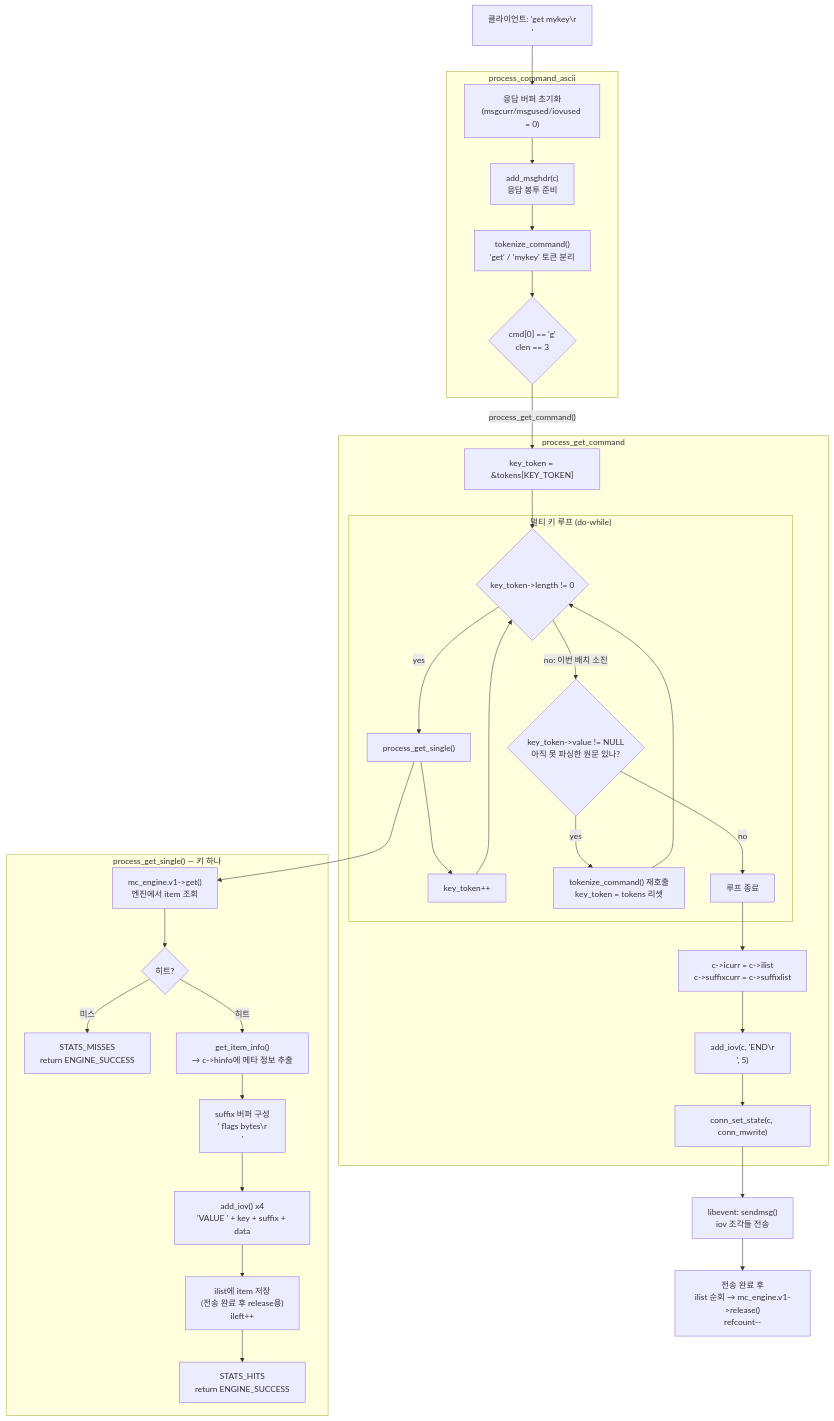
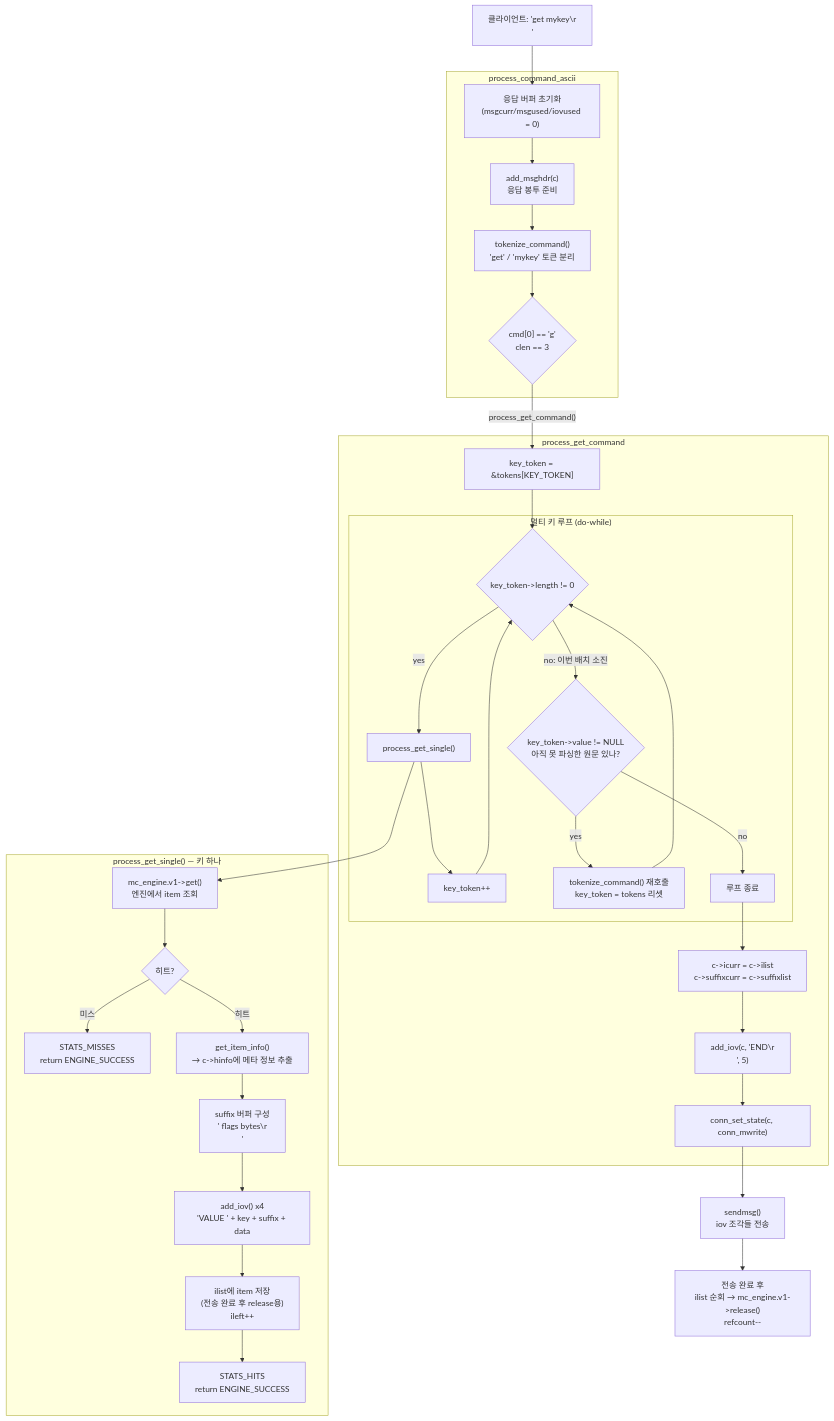
Before and after one commit to zhy2on/learning-arcus-memcached: the diagram in process-get.md, drawn with Mermaid. The commit also changed other lines of this file, not shown here.

````diff
--- a/process-get.md
+++ b/process-get.md
@@ -1,47 +3,47 @@
 ```mermaid
 flowchart TD
     A["클라이언트: 'get mykey\r\n'"] --> B
 
     subgraph process_command_ascii
         B["응답 버퍼 초기화\n(msgcurr/msgused/iovused = 0)"]
         B --> C["add_msghdr(c)\n응답 봉투 준비"]
         C --> D["tokenize_command()\n'get' / 'mykey' 토큰 분리"]
         D --> E{"cmd[0] == 'g'\nclen == 3"}
     end
 
     E -->|"process_get_command()"| F
 
     subgraph process_get_command
         F["key_token = &tokens[KEY_TOKEN]"]
         F --> G
 
         subgraph "멀티 키 루프 (do-while)"
             G{"key_token->length != 0"}
             G -->|"yes"| H["process_get_single()"]
             H --> I["key_token++"]
             I --> G
             G -->|"no: 이번 배치 소진"| J{"key_token->value != NULL\n아직 못 파싱한 원문 있나?"}
             J -->|"yes"| K["tokenize_command() 재호출\nkey_token = tokens 리셋"]
             K --> G
             J -->|"no"| L["루프 종료"]
         end
 
         L --> M["c->icurr = c->ilist\nc->suffixcurr = c->suffixlist"]
         M --> N["add_iov(c, 'END\r\n', 5)"]
         N --> O["conn_set_state(c, conn_mwrite)"]
     end
 
     subgraph process_get_single["process_get_single() — 키 하나"]
         H --> P["mc_engine.v1->get()\n엔진에서 item 조회"]
         P --> Q{"히트?"}
         Q -->|"미스"| R["STATS_MISSES\nreturn ENGINE_SUCCESS"]
         Q -->|"히트"| S["get_item_info()\n→ c->hinfo에 메타 정보 추출"]
         S --> T["suffix 버퍼 구성\n' flags bytes\r\n'"]
         T --> U["add_iov() x4\n'VALUE ' + key + suffix + data"]
         U --> V["ilist에 item 저장\n(전송 완료 후 release용)\nileft++"]
         V --> W["STATS_HITS\nreturn ENGINE_SUCCESS"]
     end
 
-    O --> X["libevent: sendmsg()\niov 조각들 전송"]
+    O --> X["sendmsg()\niov 조각들 전송"]
     X --> Y["전송 완료 후\nilist 순회 → mc_engine.v1->release()\nrefcount--"]
 ```
````
